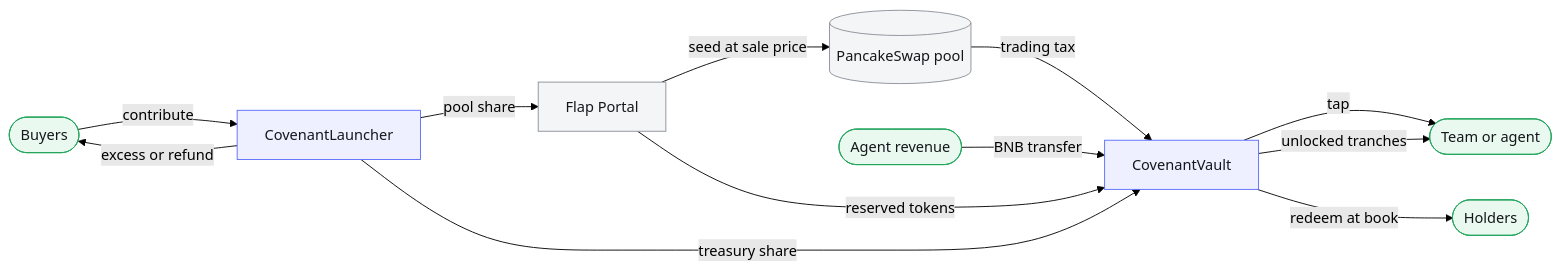
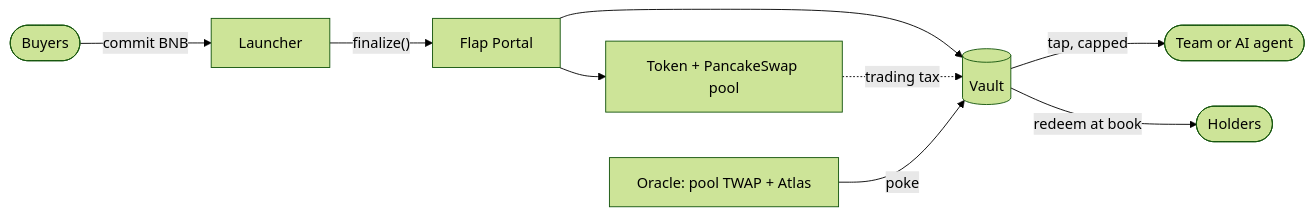
The diagram in README.md (Adityaakr/Covenent), drawn with Mermaid (forest theme) before and after one commit. The commit also changed other lines of this file and 4 other files, not shown here.

````diff
--- a/README.md
+++ b/README.md
@@ -164,21 +47,11 @@
 ```mermaid
 flowchart LR
-    B([Buyers]) -->|contribute| L[CovenantLauncher]
-    L -->|excess or refund| B
-    L -->|pool share| P[Flap Portal]
-    P -->|seed at sale price| X[(PancakeSwap pool)]
-    P -->|reserved tokens| V[CovenantVault]
-    L -->|treasury share| V
-    X -->|trading tax| V
-    R([Agent revenue]) -->|BNB transfer| V
-    V -->|tap| T([Team or agent])
-    V -->|unlocked tranches| T
-    V -->|redeem at book| H([Holders])
-
-    classDef cov fill:#EEF0FF,stroke:#5B6CFF,color:#15171C
-    classDef ext fill:#F4F5F7,stroke:#8A8F98,color:#15171C
-    classDef who fill:#E9F9EF,stroke:#22A55B,color:#15171C
-    class L,V cov
-    class P,X ext
-    class B,R,T,H who
+  B([Buyers]) -- commit BNB --> L[Launcher]
+  L -- "finalize()" --> P[Flap Portal]
+  P --> T[Token + PancakeSwap pool]
+  P --> V[(Vault)]
+  T -. trading tax .-> V
+  V -- "tap, capped" --> Team([Team or AI agent])
+  V -- "redeem at book" --> H([Holders])
+  O[Oracle: pool TWAP + Atlas] -- poke --> V
 ```
````
